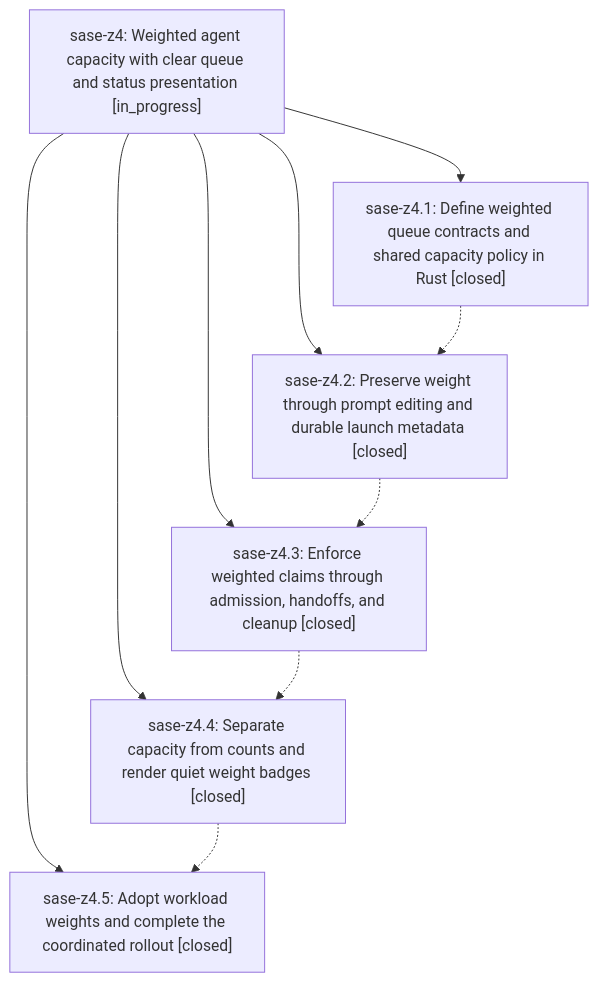
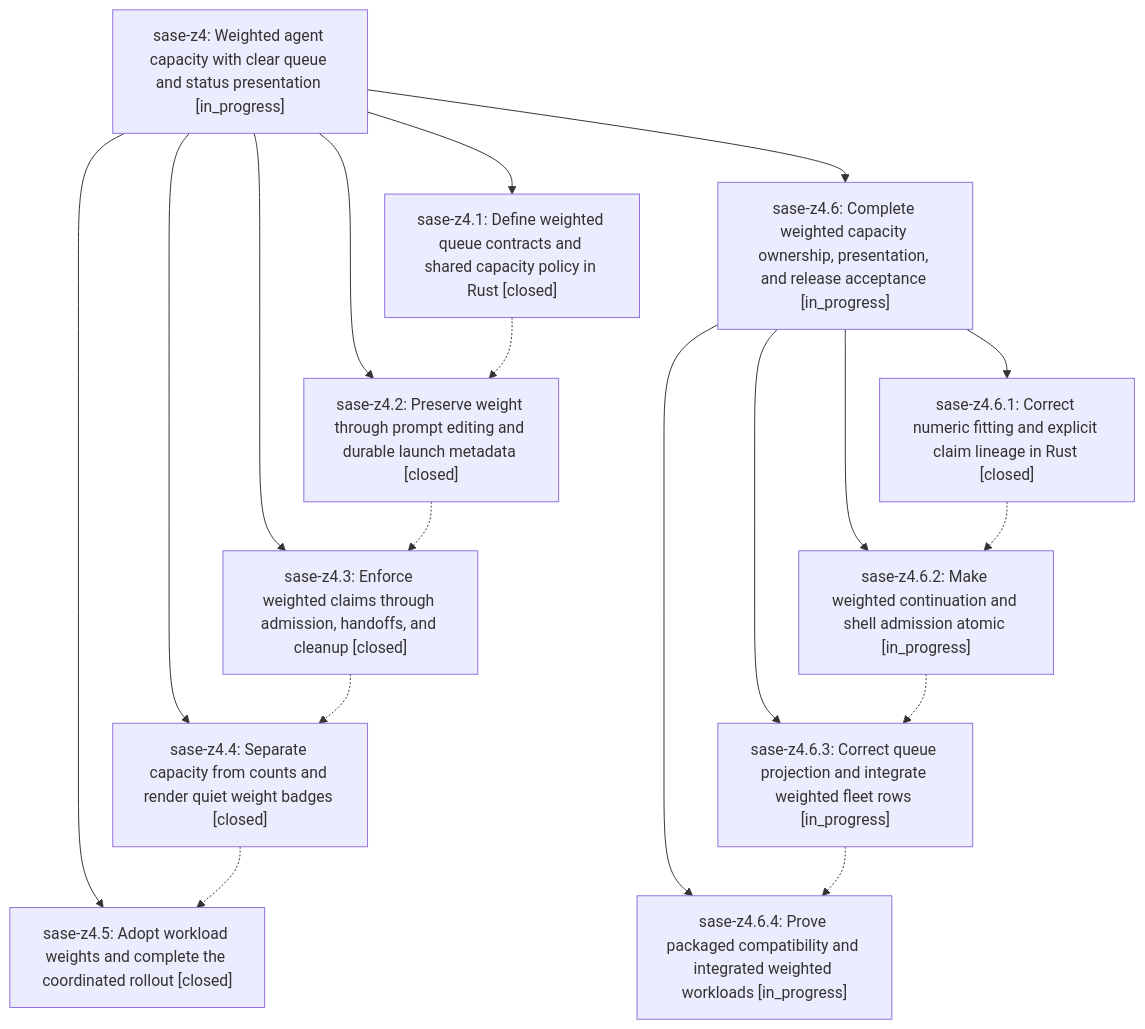
One commit to sase-org/sase--beads changed the diagram in pages/sase-z4/README.md. Above: the diagram before and after it, drawn with Mermaid. The commit also changed other lines of this file and 6 other files, not shown here.

````diff
--- a/pages/sase-z4/README.md
+++ b/pages/sase-z4/README.md
@@ -38,18 +45,31 @@
 ```mermaid
 flowchart TD
     n0["sase-z4: Weighted agent capacity with clear queue and status presentation [in_progress]"]
     n1["sase-z4.1: Define weighted queue contracts and shared capacity policy in Rust [closed]"]
     n2["sase-z4.2: Preserve weight through prompt editing and durable launch metadata [closed]"]
     n3["sase-z4.3: Enforce weighted claims through admission, handoffs, and cleanup [closed]"]
     n4["sase-z4.4: Separate capacity from counts and render quiet weight badges [closed]"]
     n5["sase-z4.5: Adopt workload weights and complete the coordinated rollout [closed]"]
+    n6["sase-z4.6: Complete weighted capacity ownership, presentation, and release acceptance [in_progress]"]
+    n7["sase-z4.6.1: Correct numeric fitting and explicit claim lineage in Rust [closed]"]
+    n8["sase-z4.6.2: Make weighted continuation and shell admission atomic [in_progress]"]
+    n9["sase-z4.6.3: Correct queue projection and integrate weighted fleet rows [in_progress]"]
+    n10["sase-z4.6.4: Prove packaged compatibility and integrated weighted workloads [in_progress]"]
     n0 --> n1
     n0 --> n2
     n0 --> n3
     n0 --> n4
     n0 --> n5
+    n0 --> n6
+    n6 --> n7
+    n6 --> n8
+    n6 --> n9
+    n6 --> n10
     n1 -.-> n2
     n2 -.-> n3
     n3 -.-> n4
     n4 -.-> n5
+    n7 -.-> n8
+    n8 -.-> n9
+    n9 -.-> n10
 ```
````
